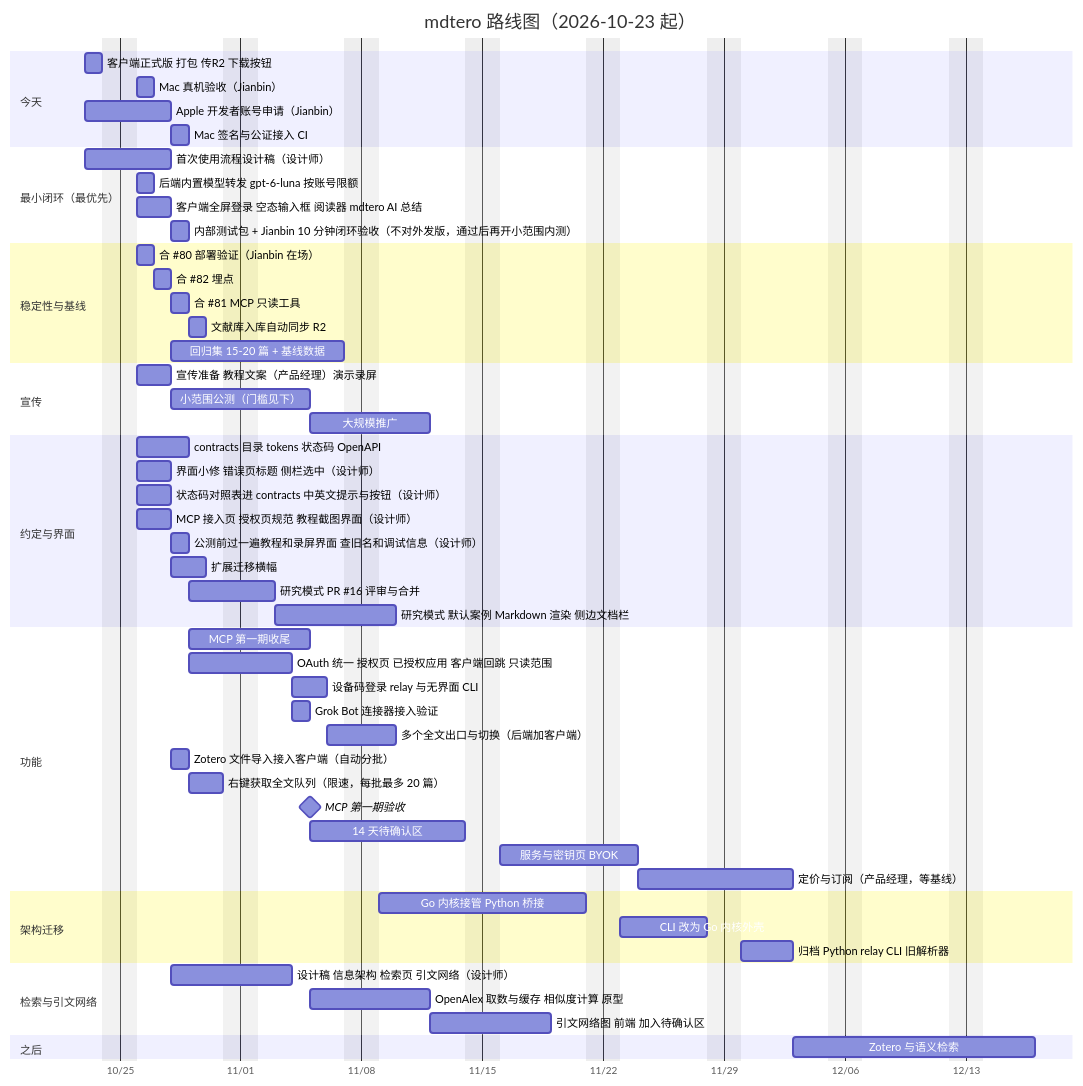
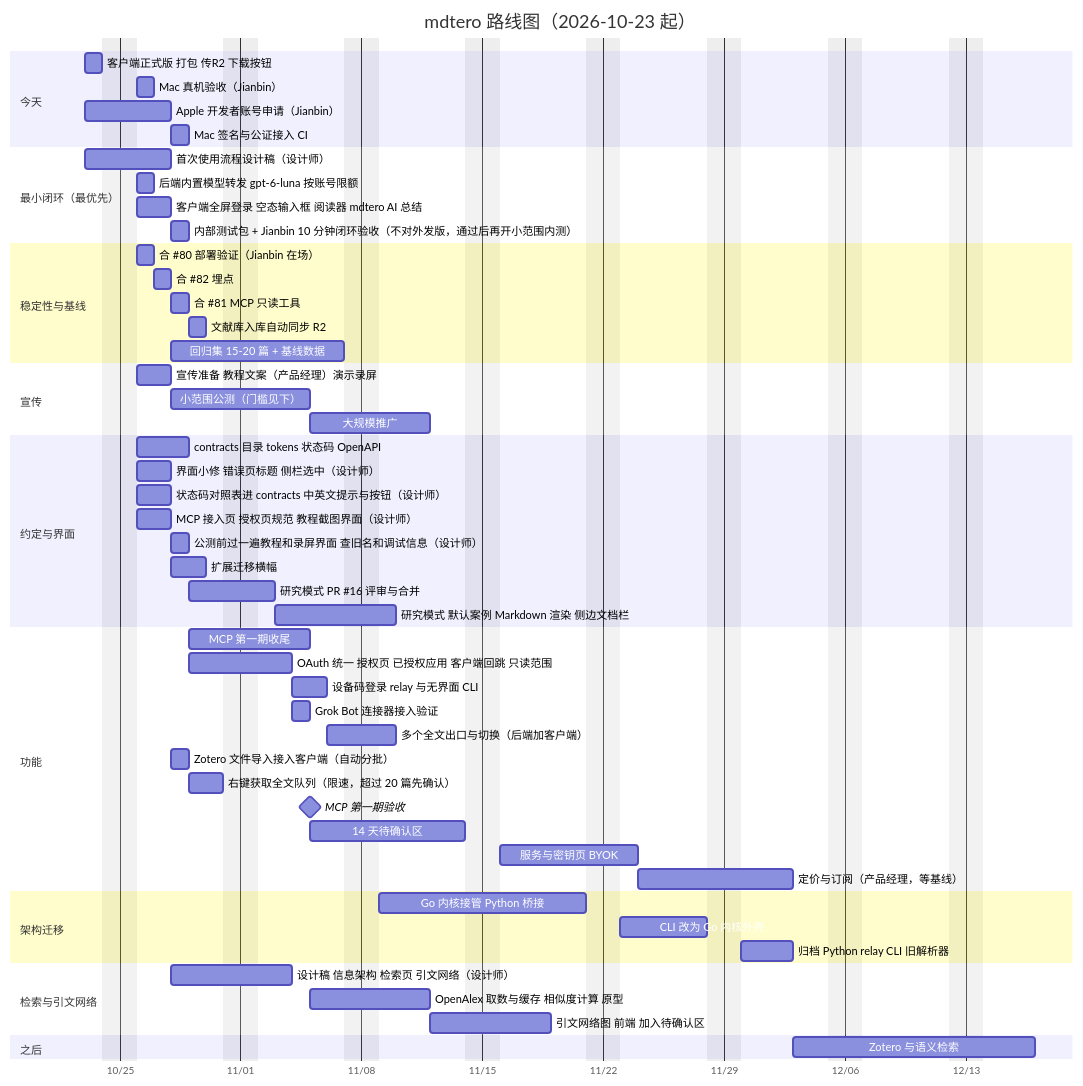
Before and after one commit to JonbinC/doi2md: the diagram in docs/roadmap/gantt.md, drawn with Mermaid.

Commit message:
docs: gantt fetch queue confirm above 20

````diff
--- a/docs/roadmap/gantt.md
+++ b/docs/roadmap/gantt.md
@@ -2,58 +2,58 @@
 ```mermaid
 gantt
     title mdtero 路线图（2026-10-23 起）
     dateFormat YYYY-MM-DD
     axisFormat %m/%d
     excludes weekends
     section 今天
     客户端正式版 打包 传R2 下载按钮      :a1, 2026-10-23, 1d
     Mac 真机验收（Jianbin）               :a2, after a1, 1d
     Apple 开发者账号申请（Jianbin）       :a3, 2026-10-23, 3d
     Mac 签名与公证接入 CI                 :a4, after a3, 1d
     section 最小闭环（最优先）
     首次使用流程设计稿（设计师）           :m1, 2026-10-23, 3d
     后端内置模型转发 gpt-6-luna 按账号限额  :m2, 2026-10-26, 1d
     客户端全屏登录 空态输入框 阅读器 mdtero AI 总结 :m3, 2026-10-26, 2d
     内部测试包 + Jianbin 10 分钟闭环验收（不对外发版，通过后再开小范围内测） :m4, after m3, 1d
     section 稳定性与基线
     合 #80 部署验证（Jianbin 在场）        :b1, 2026-10-26, 1d
     合 #82 埋点                           :b2, after b1, 1d
     合 #81 MCP 只读工具                   :b3, after b2, 1d
     文献库入库自动同步 R2                  :b5, after b3, 1d
     回归集 15-20 篇 + 基线数据             :b4, after b2, 8d
     section 宣传
     宣传准备 教程文案（产品经理）演示录屏    :p1, 2026-10-26, 2d
     小范围公测（门槛见下）                 :p2, 2026-10-28, 6d
     大规模推广                            :p3, after d4, 5d
     section 约定与界面
     contracts 目录 tokens 状态码 OpenAPI  :c1, 2026-10-26, 3d
     界面小修 错误页标题 侧栏选中（设计师） :c2, 2026-10-26, 2d
     状态码对照表进 contracts 中英文提示与按钮（设计师） :c5, 2026-10-26, 2d
     MCP 接入页 授权页规范 教程截图界面（设计师） :c6, 2026-10-26, 2d
     公测前过一遍教程和录屏界面 查旧名和调试信息（设计师） :c7, after c6, 1d
     扩展迁移横幅                          :c4, 2026-10-28, 2d
     研究模式 PR #16 评审与合并             :c3, after c1, 3d
     研究模式 默认案例 Markdown 渲染 侧边文档栏 :c8, after c3, 5d
     section 功能
     MCP 第一期收尾                         :d1, after b3, 5d
     OAuth 统一 授权页 已授权应用 客户端回跳 只读范围 :o1, after b3, 4d
     设备码登录 relay 与无界面 CLI               :o2, after o1, 2d
     Grok Bot 连接器接入验证                    :g1, after o1, 1d
     多个全文出口与切换（后端加客户端）          :r1, after o2, 2d
     Zotero 文件导入接入客户端（自动分批）       :z1, after m3, 1d
-    右键获取全文队列（限速，每批最多 20 篇）     :z2, after z1, 2d
+    右键获取全文队列（限速，超过 20 篇先确认）     :z2, after z1, 2d
     MCP 第一期验收                         :milestone, d4, after d1 o1 g1 a4, 0d
     14 天待确认区                          :d2, after d4, 7d
     服务与密钥页 BYOK                      :d3, after d2, 6d
     定价与订阅（产品经理，等基线）          :d5, after d3, 7d
     section 架构迁移
     Go 内核接管 Python 桥接                :e1, 2026-11-09, 10d
     CLI 改为 Go 内核外壳                   :e2, after e1, 5d
     归档 Python relay CLI 旧解析器         :e3, after e2, 3d
     section 检索与引文网络
     设计稿 信息架构 检索页 引文网络（设计师） :s1, 2026-10-28, 5d
     OpenAlex 取数与缓存 相似度计算 原型       :s2, after d4, 5d
     引文网络图 前端 加入待确认区               :s3, after s2, 5d
     section 之后
     Zotero 与语义检索                      :f1, after d5, 10d
 ```
````
